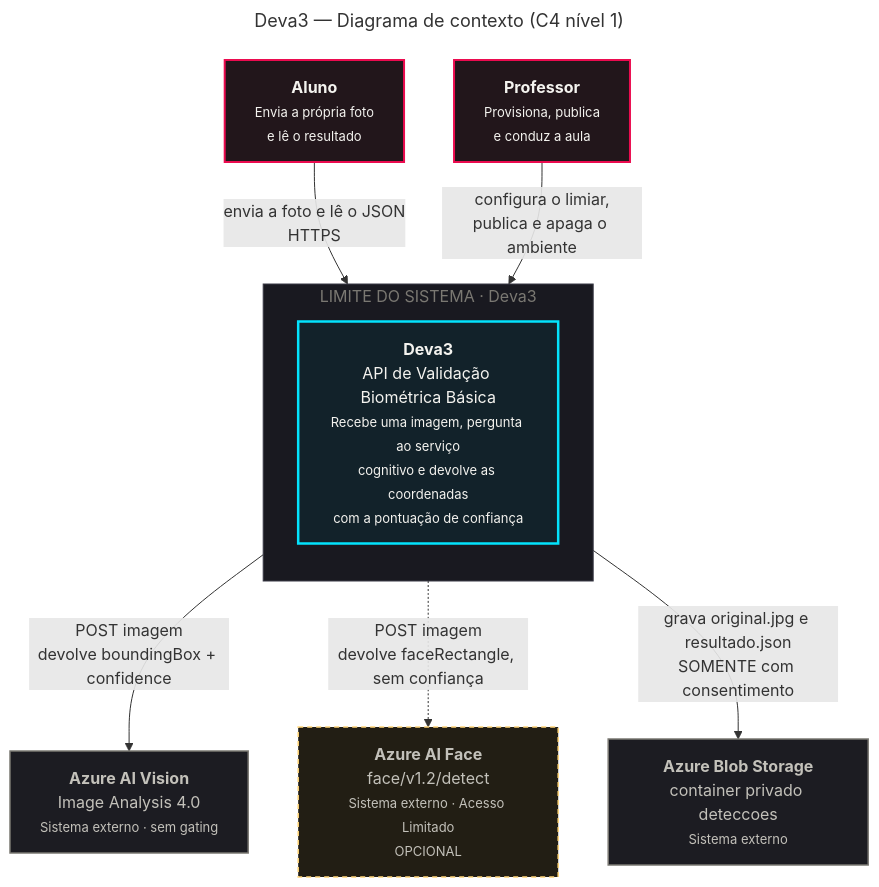
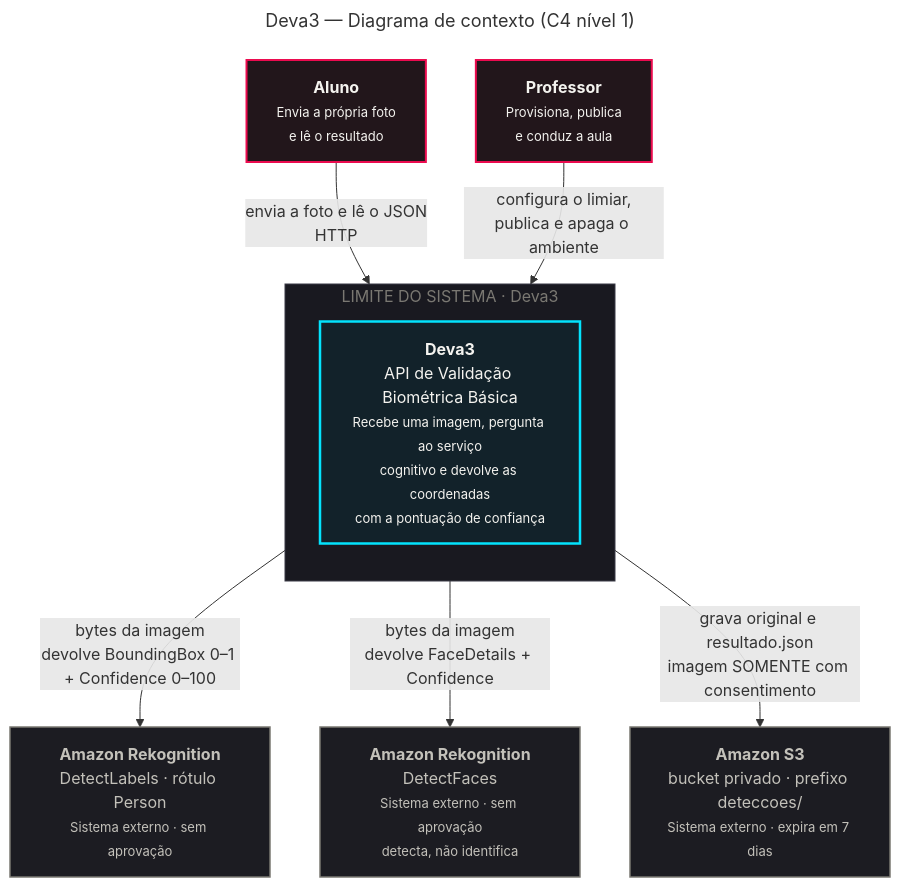
The diagram in aulas/05-bedrock-agents/Lab/docs/diagramas/01-contexto.mmd (IsaiasBritto/aie-cloud), drawn with Mermaid before and after one commit. The commit also changed 46 other files, not shown here.

First line of the commit message:
Aula 05 Lab Deva3: Rekognition + S3 + ECS Fargate com Terraform

```diff
--- a/aulas/05-bedrock-agents/Lab/docs/diagramas/01-contexto.mmd
+++ b/aulas/05-bedrock-agents/Lab/docs/diagramas/01-contexto.mmd
@@ -1,35 +1,33 @@
 ---
 title: Deva3 — Diagrama de contexto (C4 nível 1)
 ---
 flowchart TB
 
     aluno["<b>Aluno</b><br/><span style='font-size:13px'>Envia a própria foto<br/>e lê o resultado</span>"]
     professor["<b>Professor</b><br/><span style='font-size:13px'>Provisiona, publica<br/>e conduz a aula</span>"]
 
     subgraph limite["LIMITE DO SISTEMA · Deva3"]
         direction TB
         deva3["<b>Deva3</b><br/>API de Validação Biométrica Básica<br/><span style='font-size:13px'>Recebe uma imagem, pergunta ao serviço<br/>cognitivo e devolve as coordenadas<br/>com a pontuação de confiança</span>"]
     end
 
-    visao["<b>Azure AI Vision</b><br/>Image Analysis 4.0<br/><span style='font-size:13px'>Sistema externo · sem gating</span>"]
-    face["<b>Azure AI Face</b><br/>face/v1.2/detect<br/><span style='font-size:13px'>Sistema externo · Acesso Limitado<br/>OPCIONAL</span>"]
-    blob["<b>Azure Blob Storage</b><br/>container privado deteccoes<br/><span style='font-size:13px'>Sistema externo</span>"]
+    pessoas["<b>Amazon Rekognition</b><br/>DetectLabels · rótulo Person<br/><span style='font-size:13px'>Sistema externo · sem aprovação</span>"]
+    rostos["<b>Amazon Rekognition</b><br/>DetectFaces<br/><span style='font-size:13px'>Sistema externo · sem aprovação<br/>detecta, não identifica</span>"]
+    s3["<b>Amazon S3</b><br/>bucket privado · prefixo deteccoes/<br/><span style='font-size:13px'>Sistema externo · expira em 7 dias</span>"]
 
-    aluno -->|"envia a foto e lê o JSON<br/>HTTPS"| deva3
+    aluno -->|"envia a foto e lê o JSON<br/>HTTP"| deva3
     professor -->|"configura o limiar,<br/>publica e apaga o ambiente"| deva3
 
-    deva3 -->|"POST imagem<br/>devolve boundingBox + confidence"| visao
-    deva3 -.->|"POST imagem<br/>devolve faceRectangle, sem confiança"| face
-    deva3 -->|"grava original.jpg e resultado.json<br/>SOMENTE com consentimento"| blob
+    deva3 -->|"bytes da imagem<br/>devolve BoundingBox 0–1 + Confidence 0–100"| pessoas
+    deva3 -->|"bytes da imagem<br/>devolve FaceDetails + Confidence"| rostos
+    deva3 -->|"grava original e resultado.json<br/>imagem SOMENTE com consentimento"| s3
 
     classDef pessoa fill:#22161B,stroke:#EB0B4F,stroke-width:2px,color:#F4F3EF
     classDef sistema fill:#12222A,stroke:#03E3FD,stroke-width:2.5px,color:#F4F3EF
     classDef externo fill:#1C1C22,stroke:#7A7872,stroke-width:1.5px,color:#C3C1BA
-    classDef opcional fill:#221E14,stroke:#FFD579,stroke-width:1.5px,color:#C3C1BA,stroke-dasharray:5 4
 
     class aluno,professor pessoa
     class deva3 sistema
-    class visao,blob externo
-    class face opcional
+    class pessoas,rostos,s3 externo
 
     style limite fill:#191920,stroke:#3A3A46,stroke-width:1px,color:#7A7872
```
